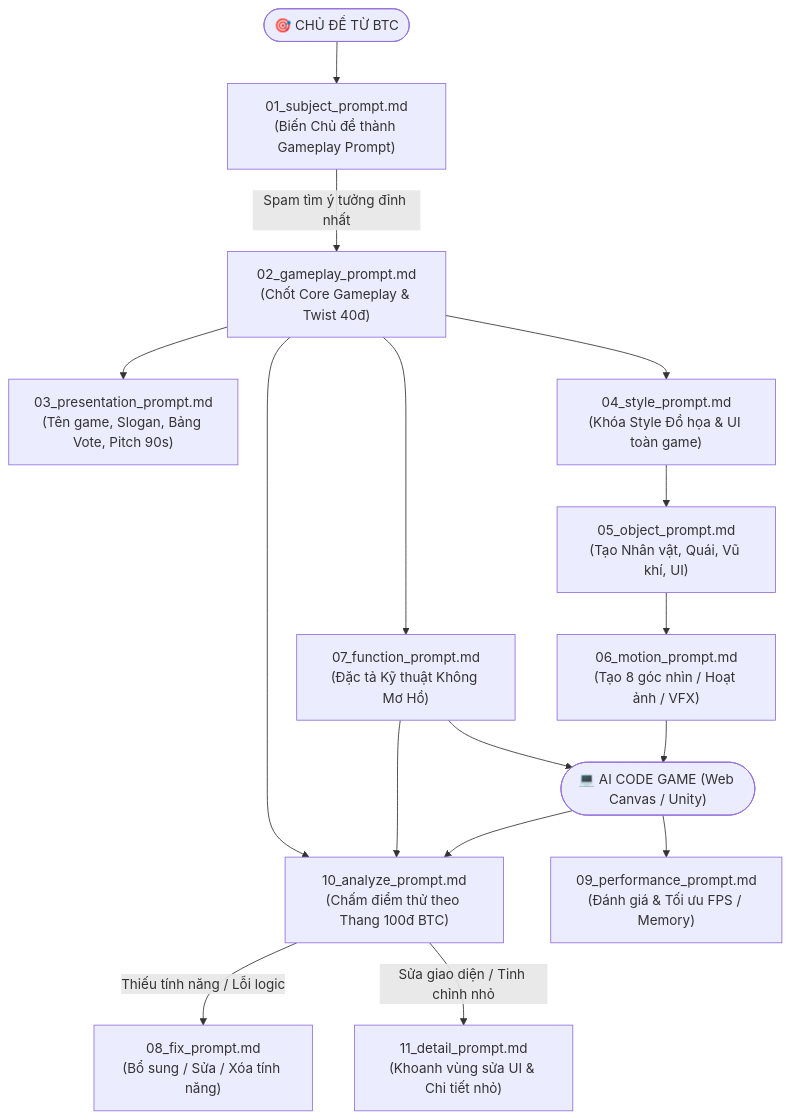
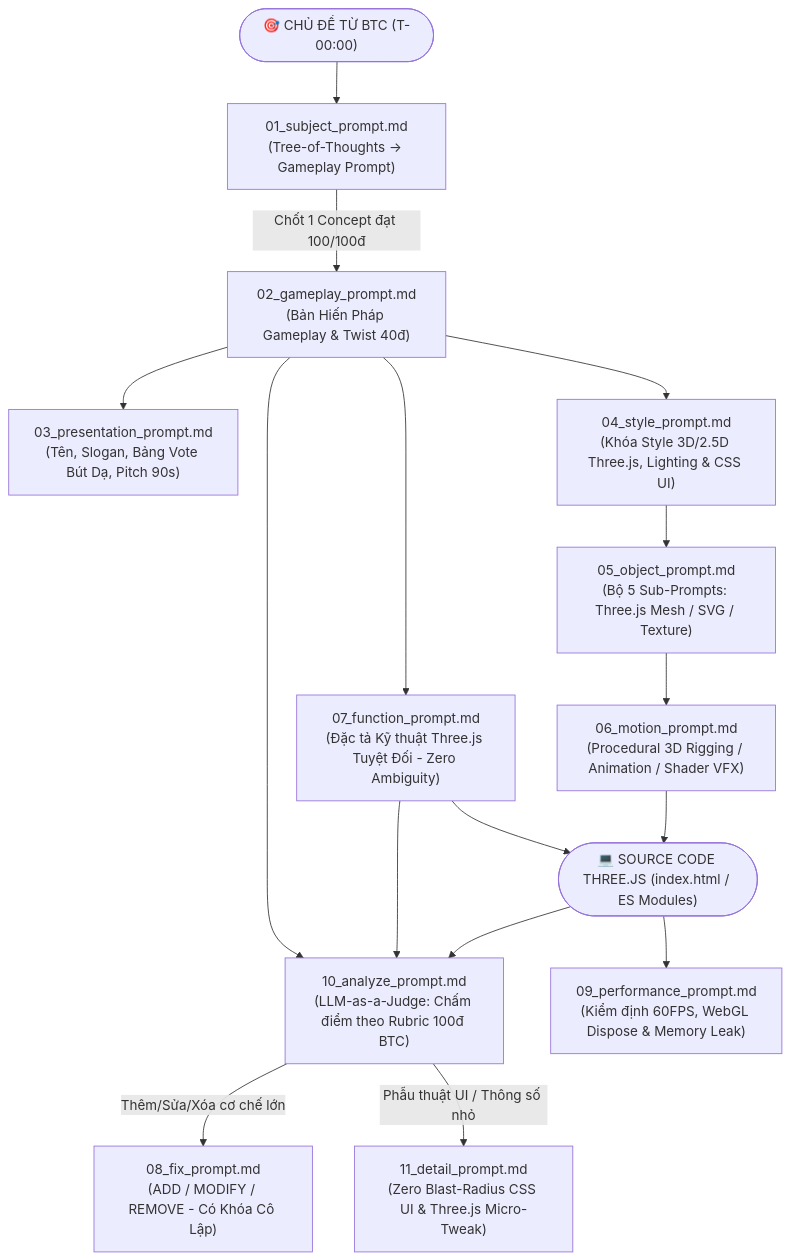
The diagram in prompt/00_README_WORKFLOW.md (naundylan/gamejam-husc), drawn with Mermaid before and after one commit. The commit also changed other lines of this file and 719 other files, not shown here.

Commit message:
refactor: pivot completely to Web Three.js WebGL, remove all Unity files, optimize all 11 prompts

````diff
--- a/prompt/00_README_WORKFLOW.md
+++ b/prompt/00_README_WORKFLOW.md
@@ -9,21 +10,21 @@
 ```mermaid
 flowchart TD
-    Theme(["🎯 CHỦ ĐỀ TỪ BTC"]) --> P1["01_subject_prompt.md<br/>(Biến Chủ đề thành Gameplay Prompt)"]
-    P1 -->|"Spam tìm ý tưởng đỉnh nhất"| P2["02_gameplay_prompt.md<br/>(Chốt Core Gameplay & Twist 40đ)"]
+    Theme(["🎯 CHỦ ĐỀ TỪ BTC (T-00:00)"]) --> P1["01_subject_prompt.md<br/>(Tree-of-Thoughts -> Gameplay Prompt)"]
+    P1 -->|"Chốt 1 Concept đạt 100/100đ"| P2["02_gameplay_prompt.md<br/>(Bản Hiến Pháp Gameplay & Twist 40đ)"]
     
-    P2 --> P3["03_presentation_prompt.md<br/>(Tên game, Slogan, Bảng Vote, Pitch 90s)"]
-    P2 --> P4["04_style_prompt.md<br/>(Khóa Style Đồ họa & UI toàn game)"]
-    P2 --> P7["07_function_prompt.md<br/>(Đặc tả Kỹ thuật Không Mơ Hồ)"]
+    P2 --> P3["03_presentation_prompt.md<br/>(Tên, Slogan, Bảng Vote Bút Dạ, Pitch 90s)"]
+    P2 --> P4["04_style_prompt.md<br/>(Khóa Style 3D/2.5D Three.js, Lighting & CSS UI)"]
+    P2 --> P7["07_function_prompt.md<br/>(Đặc tả Kỹ thuật Three.js Tuyệt Đối - Zero Ambiguity)"]
     
-    P4 --> P5["05_object_prompt.md<br/>(Tạo Nhân vật, Quái, Vũ khí, UI)"]
-    P5 --> P6["06_motion_prompt.md<br/>(Tạo 8 góc nhìn / Hoạt ảnh / VFX)"]
+    P4 --> P5["05_object_prompt.md<br/>(Bộ 5 Sub-Prompts: Three.js Mesh / SVG / Texture)"]
+    P5 --> P6["06_motion_prompt.md<br/>(Procedural 3D Rigging / Animation / Shader VFX)"]
     
-    P7 --> Code(["💻 AI CODE GAME (Web Canvas / Unity)"])
+    P7 --> Code(["💻 SOURCE CODE THREE.JS (index.html / ES Modules)"])
     P6 --> Code
     
-    P2 & P7 & Code --> P10["10_analyze_prompt.md<br/>(Chấm điểm thử theo Thang 100đ BTC)"]
+    P2 & P7 & Code --> P10["10_analyze_prompt.md<br/>(LLM-as-a-Judge: Chấm điểm theo Rubric 100đ BTC)"]
     
-    P10 -->|"Thiếu tính năng / Lỗi logic"| P8["08_fix_prompt.md<br/>(Bổ sung / Sửa / Xóa tính năng)"]
-    P10 -->|"Sửa giao diện / Tinh chỉnh nhỏ"| P11["11_detail_prompt.md<br/>(Khoanh vùng sửa UI & Chi tiết nhỏ)"]
-    Code --> P9["09_performance_prompt.md<br/>(Đánh giá & Tối ưu FPS / Memory)"]
+    P10 -->|"Thêm/Sửa/Xóa cơ chế lớn"| P8["08_fix_prompt.md<br/>(ADD / MODIFY / REMOVE - Có Khóa Cô Lập)"]
+    P10 -->|"Phẫu thuật UI / Thông số nhỏ"| P11["11_detail_prompt.md<br/>(Zero Blast-Radius CSS UI & Three.js Micro-Tweak)"]
+    Code --> P9["09_performance_prompt.md<br/>(Kiểm định 60FPS, WebGL Dispose & Memory Leak)"]
 ```
````
